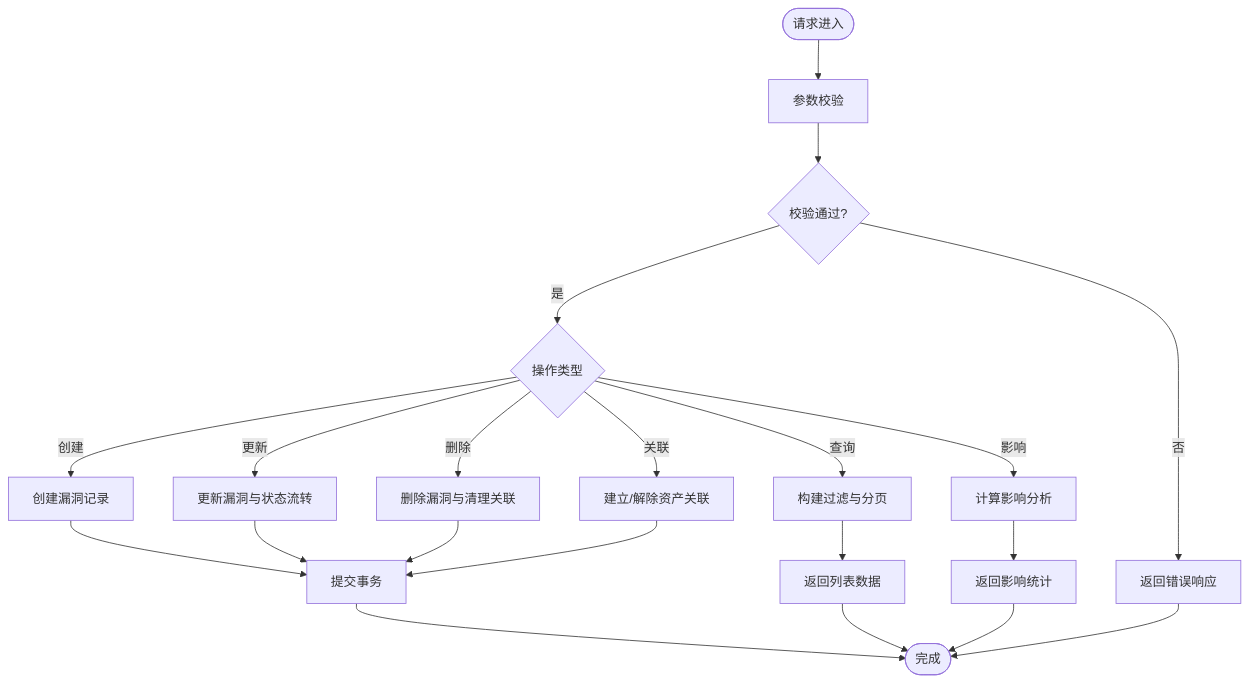
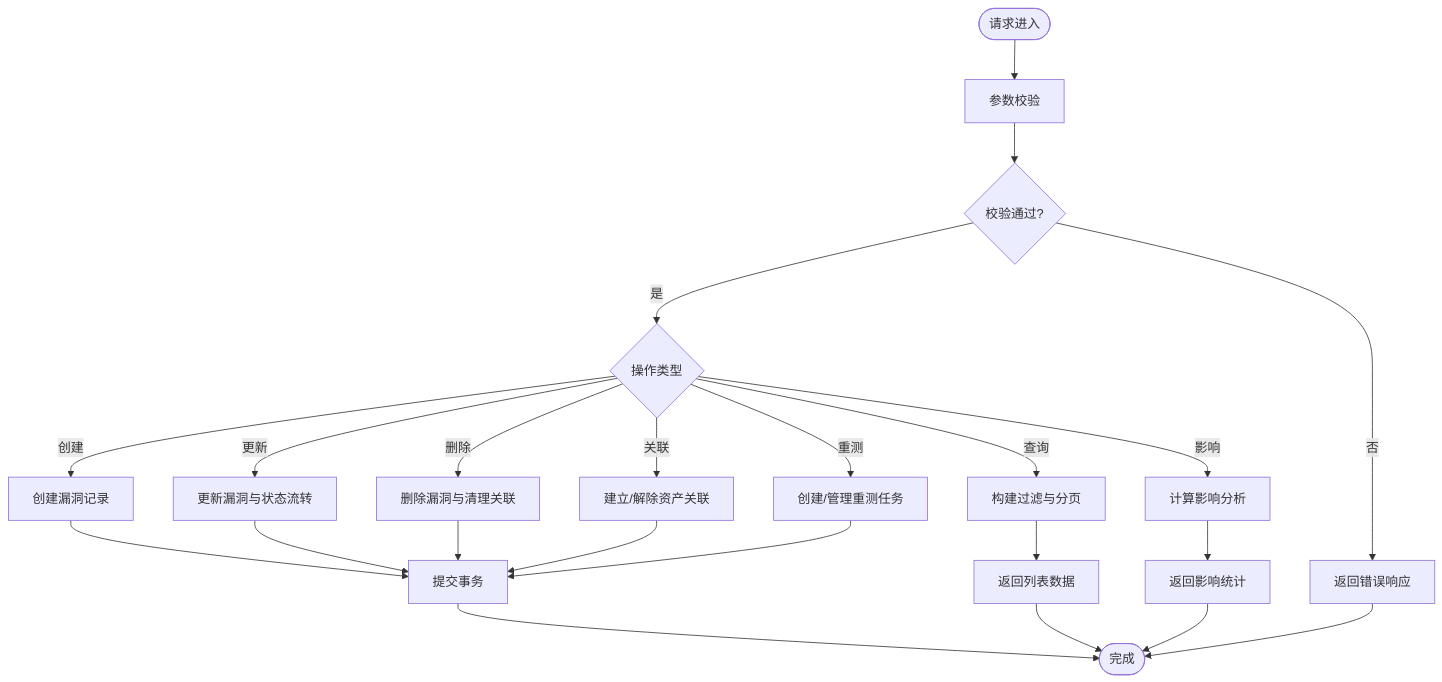
The third of 7 diagrams in .qoder/repowiki/zh/content/后端API文档/漏洞管理API.md (vu1Art1st/talos), drawn with Mermaid before and after one commit. The commit also changed other lines of this file and 129 other files, not shown here.

````diff
--- a/.qoder/repowiki/zh/content/后端API文档/漏洞管理API.md
+++ b/.qoder/repowiki/zh/content/后端API文档/漏洞管理API.md
@@ -152,23 +172,25 @@
 ```mermaid
 flowchart TD
 Start(["请求进入"]) --> Validate["参数校验"]
 Validate --> Valid{"校验通过?"}
 Valid --> |否| Err["返回错误响应"]
 Valid --> |是| Action{"操作类型"}
 Action --> |创建| Create["创建漏洞记录"]
 Action --> |查询| Query["构建过滤与分页"]
 Action --> |更新| Update["更新漏洞与状态流转"]
 Action --> |删除| Delete["删除漏洞与清理关联"]
 Action --> |关联| Relate["建立/解除资产关联"]
 Action --> |影响| Impact["计算影响分析"]
+Action --> |重测| Retest["创建/管理重测任务"]
 Create --> Commit["提交事务"]
 Query --> ReturnList["返回列表数据"]
 Update --> Commit
 Delete --> Commit
 Relate --> Commit
 Impact --> ReturnImpact["返回影响统计"]
+Retest --> Commit
 Commit --> Done(["完成"])
 ReturnList --> Done
 ReturnImpact --> Done
 Err --> Done
 ```
````
